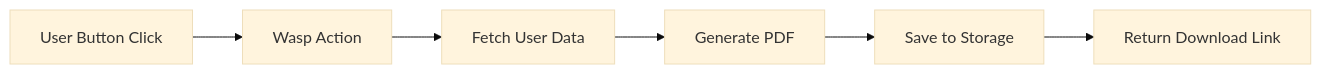
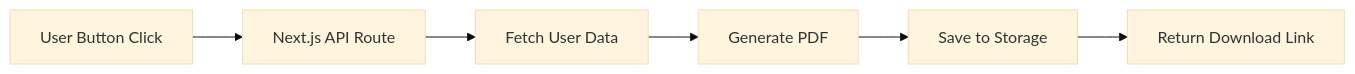
The second of 2 diagrams in docs/pdf-generation-strategy.md (brandonpowers/hyperformant_io), drawn with Mermaid (base theme) before and after one commit. The commit also changed other lines of this file and 99 other files, not shown here.

Commit message:
New api architecture and visualization concept start

````diff
--- a/docs/pdf-generation-strategy.md
+++ b/docs/pdf-generation-strategy.md
@@ -177,8 +177,8 @@
 ```mermaid
 graph LR
-    A[User Button Click] --> B[Wasp Action]
+    A[User Button Click] --> B[Next.js API Route]
     B --> C[Fetch User Data]
     C --> D[Generate PDF]
     D --> E[Save to Storage]
     E --> F[Return Download Link]
 ```
````
